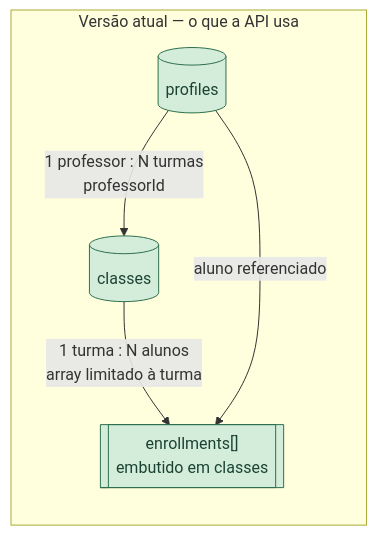
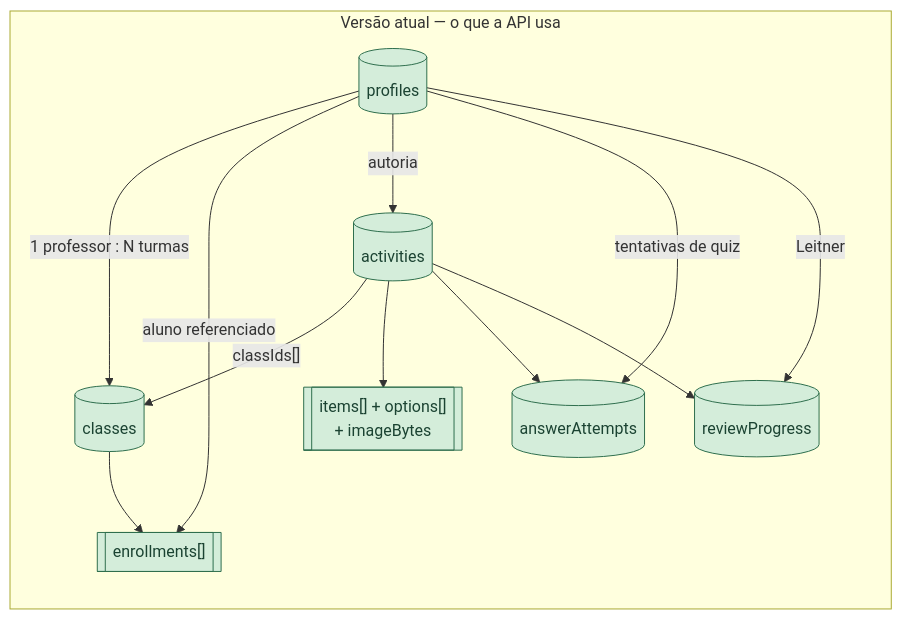
One commit to brenorosa10/Projeto_TCC changed the second of 6 diagrams in docs/diagrama-banco-dados.md. Above: the diagram before and after it, drawn with Mermaid. The commit also changed other lines of this file and 31 other files, not shown here.

````diff
--- a/docs/diagrama-banco-dados.md
+++ b/docs/diagrama-banco-dados.md
@@ -50,14 +119,26 @@
 ```mermaid
 flowchart LR
   subgraph Atual["Versão atual — o que a API usa"]
     P[("profiles")]
     C[("classes")]
-    E[["enrollments[]<br/>embutido em classes"]]
-    P -->|"1 professor : N turmas<br/>professorId"| C
-    C -->|"1 turma : N alunos<br/>array limitado à turma"| E
-    P -->|"aluno referenciado"| E
+    A[("activities")]
+    T[("answerAttempts")]
+    R[("reviewProgress")]
+    E[["enrollments[]"]]
+    I[["items[] + options[]<br/>+ imageBytes"]]
   end
 
+  P -->|"1 professor : N turmas"| C
+  C --> E
+  P -->|"aluno referenciado"| E
+  P -->|"autoria"| A
+  A -->|"classIds[]"| C
+  A --> I
+  P -->|"tentativas de quiz"| T
+  A --> T
+  P -->|"Leitner"| R
+  A --> R
+
   classDef atual fill:#d4edda,stroke:#2f6f4e,color:#1b4332
-  class P,C,E atual
+  class P,C,A,T,R,E,I atual
 ```
````
